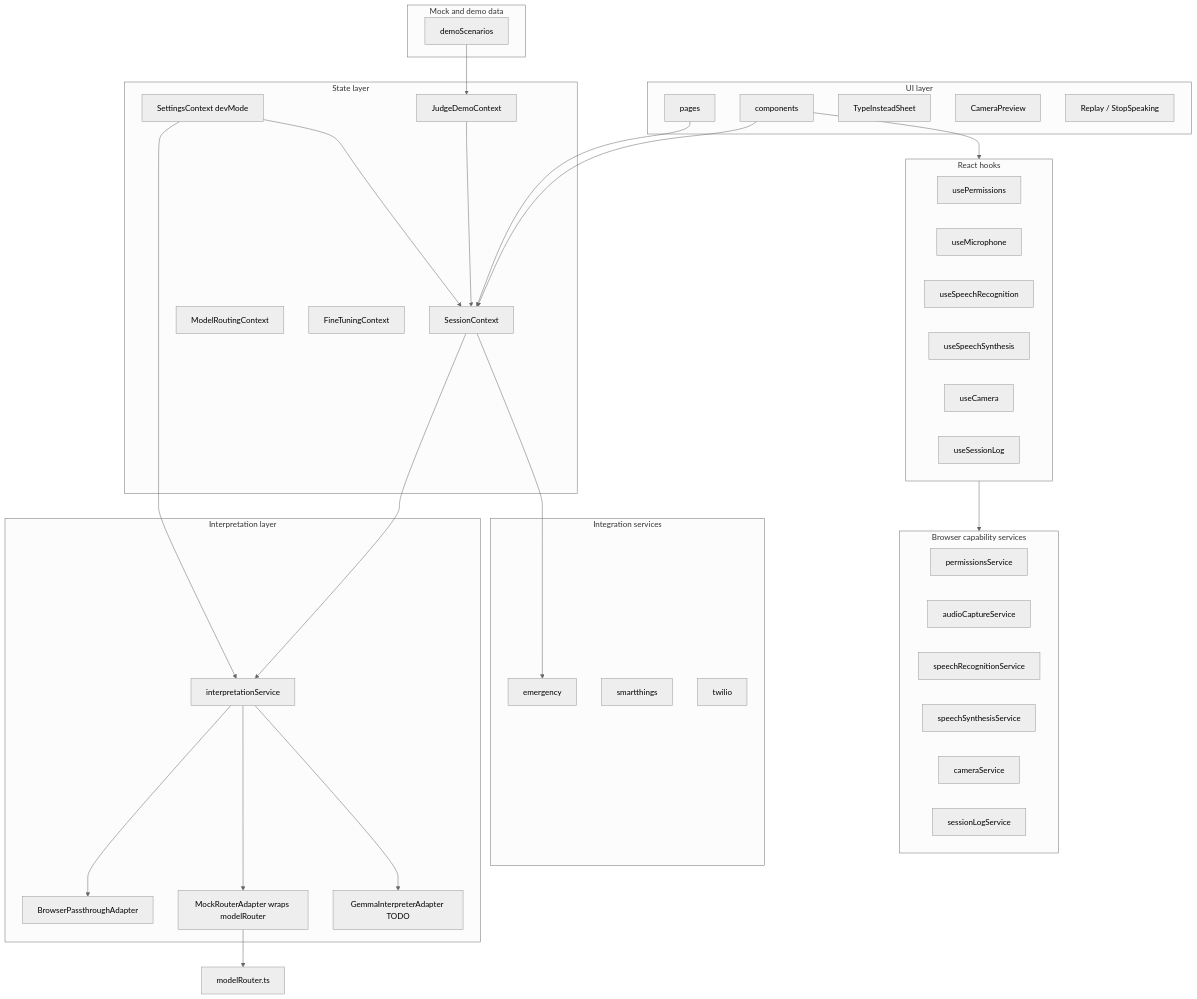
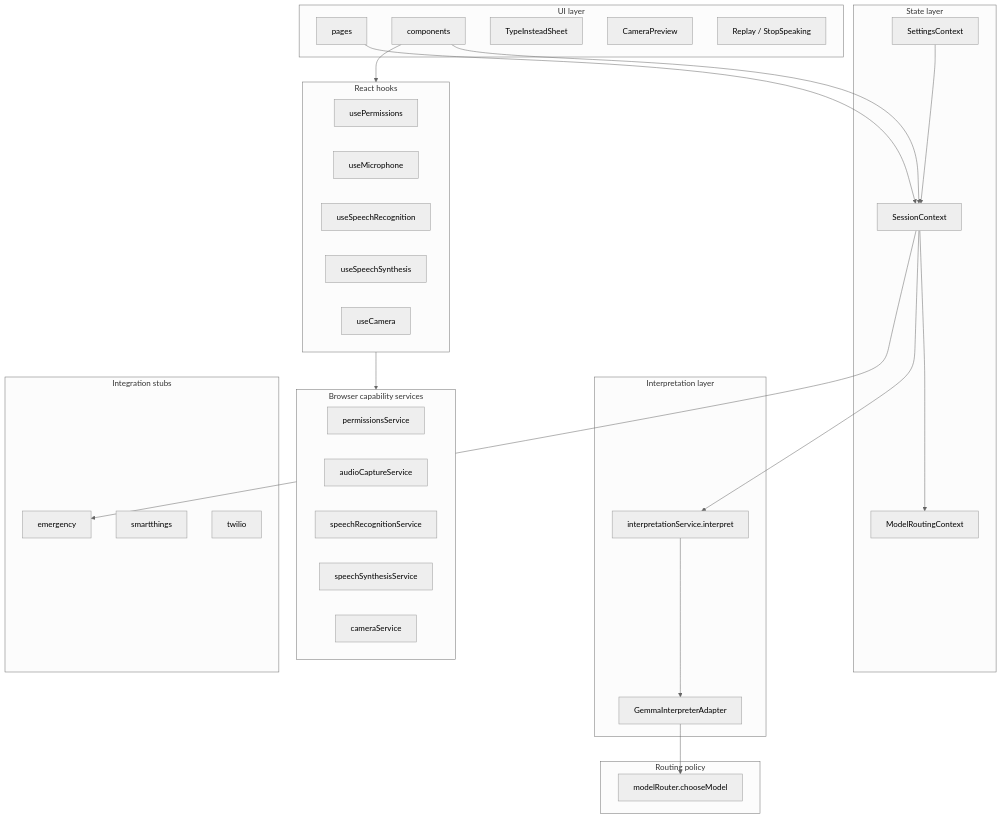
One commit to Manoj7ar/Relay changed the diagram in docs/ARCHITECTURE.md. Above: the diagram before and after it, drawn with Mermaid (neutral theme). The commit also changed other lines of this file and 45 other files, not shown here.

First line of the commit message:
refactor: strip all mock/demo data; single Gemma adapter swap point

````diff
--- a/docs/ARCHITECTURE.md
+++ b/docs/ARCHITECTURE.md
@@ -7,62 +13,52 @@
 ```mermaid
 flowchart TB
   subgraph ui [UI layer]
     Pages[pages]
     Components[components]
     TypeSheet[TypeInsteadSheet]
     CamPreview[CameraPreview]
     Replay[Replay / StopSpeaking]
   end
   subgraph hooks [React hooks]
     usePerm[usePermissions]
     useMic[useMicrophone]
     useSTT[useSpeechRecognition]
     useTTS[useSpeechSynthesis]
     useCam[useCamera]
-    useLog[useSessionLog]
   end
   subgraph state [State layer]
     Session[SessionContext]
     RoutingCtx[ModelRoutingContext]
-    Settings[SettingsContext devMode]
-    FineTune[FineTuningContext]
-    JudgeDemo[JudgeDemoContext]
+    Settings[SettingsContext]
   end
   subgraph interp [Interpretation layer]
-    ISvc[interpretationService]
-    PassAdapter[BrowserPassthroughAdapter]
-    MockAdapter[MockRouterAdapter wraps modelRouter]
-    GemmaAdapter[GemmaInterpreterAdapter TODO]
+    ISvc[interpretationService.interpret]
+    GemmaAdapter[GemmaInterpreterAdapter]
   end
   subgraph browser [Browser capability services]
     PermSvc[permissionsService]
     AudioSvc[audioCaptureService]
     STTSvc[speechRecognitionService]
     TTSSvc[speechSynthesisService]
     CamSvc[cameraService]
-    LogSvc[sessionLogService]
   end
-  subgraph services [Integration services]
+  subgraph routing [Routing policy]
+    Router[modelRouter.chooseModel]
+  end
+  subgraph integrations [Integration stubs]
     Emergency[emergency]
     ST[smartthings]
     Twilio[twilio]
-  end
-  subgraph mocks [Mock and demo data]
-    DemoScenarios[demoScenarios]
   end
 
   Pages --> Session
   Components --> Session
   Components --> hooks
   hooks --> browser
   Session --> ISvc
-  ISvc --> PassAdapter
-  ISvc --> MockAdapter
   ISvc --> GemmaAdapter
-  MockAdapter --> modelRouter[modelRouter.ts]
-  Settings --> ISvc
+  GemmaAdapter --> Router
+  Session --> RoutingCtx
   Settings --> Session
-  DemoScenarios --> JudgeDemo
-  JudgeDemo --> Session
   Session --> Emergency
 ```
````
